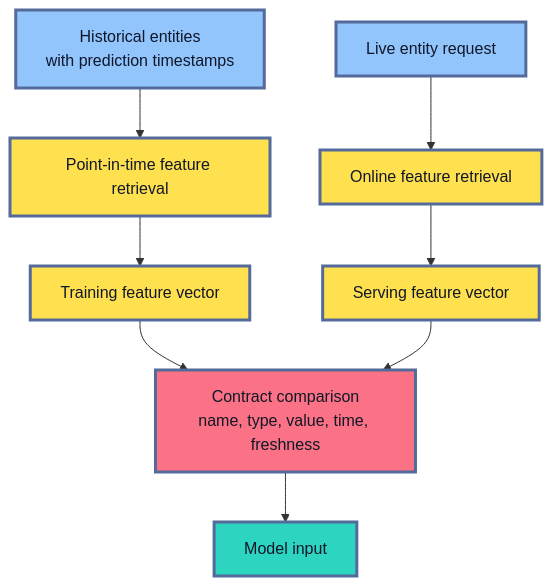
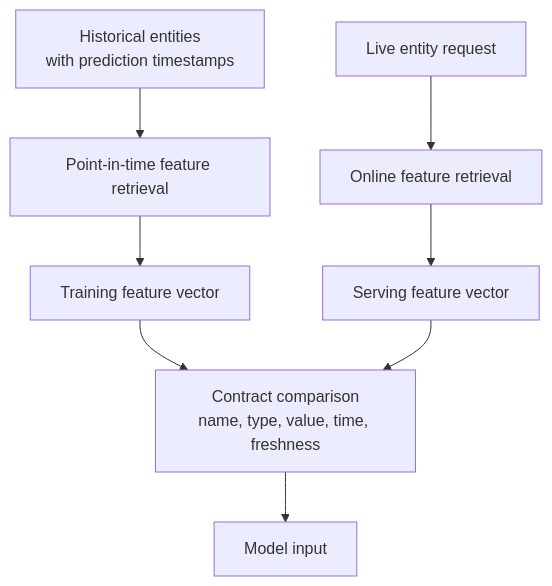
Before and after one commit to senlinyy/dev-roadmaps: the third of 7 diagrams in roadmaps/mlops/modules/mlops-foundations/teams-and-workflow/03-common-mlops-failure-modes.md, drawn with Mermaid. The commit also changed other lines of this file and 152 other files, not shown here.

Commit message:
feat: mlops and diagrams updated

````diff
--- a/roadmaps/mlops/modules/mlops-foundations/teams-and-workflow/03-common-mlops-failure-modes.md
+++ b/roadmaps/mlops/modules/mlops-foundations/teams-and-workflow/03-common-mlops-failure-modes.md
@@ -208,19 +199,15 @@
 ```mermaid
 flowchart TD
     A["Historical entities<br/>with prediction timestamps"] --> B["Point-in-time feature retrieval"]
     B --> C["Training feature vector"]
     D["Live entity request"] --> E["Online feature retrieval"]
     E --> F["Serving feature vector"]
     C --> G["Contract comparison<br/>name, type, value, time, freshness"]
     F --> G
     G --> H["Model input"]
 
-    classDef source fill:#93C5FD,stroke:#536A9A,stroke-width:3px,color:#0F172A
-    classDef transform fill:#FFE04F,stroke:#536A9A,stroke-width:3px,color:#111827
-    classDef compare fill:#FB7185,stroke:#536A9A,stroke-width:3px,color:#111827
-    classDef output fill:#2DD4BF,stroke:#536A9A,stroke-width:3px,color:#0F172A
     class A,D source
     class B,C,E,F transform
     class G compare
     class H output
 ```
````
